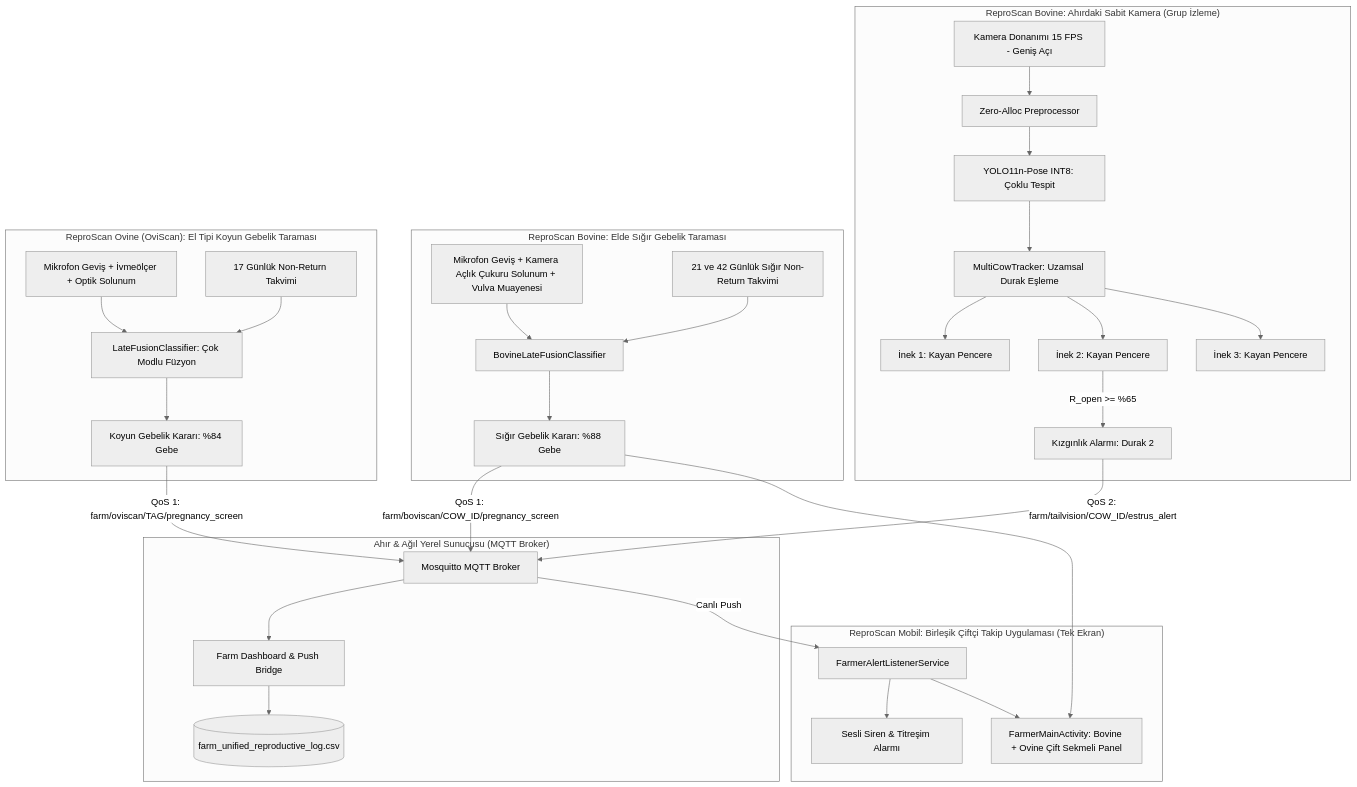
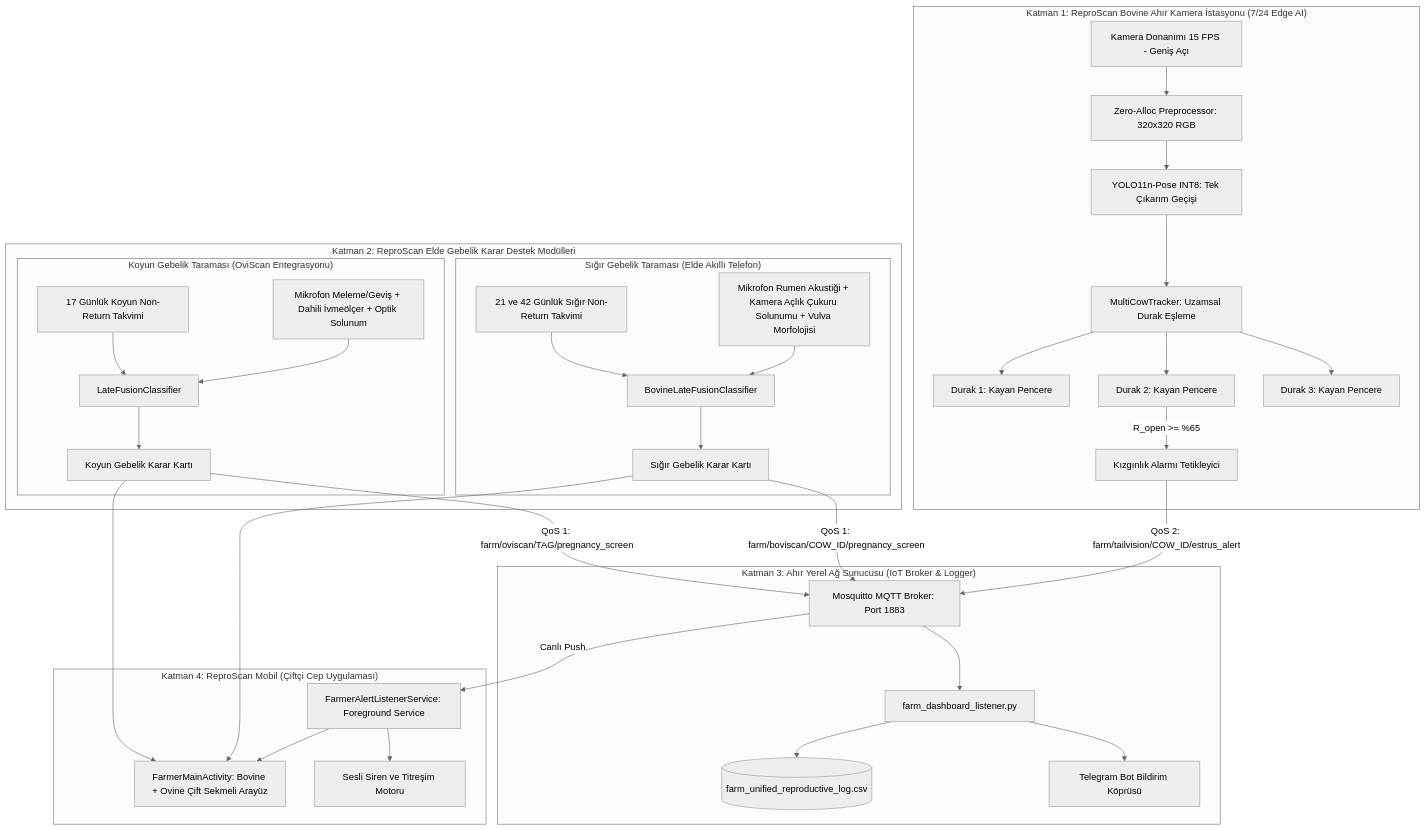
Before and after one commit to mserman90/bovi-tailvision: the diagram in docs/ARCHITECTURE.md, drawn with Mermaid (neutral theme). The commit also changed other lines of this file and 3 other files, not shown here.

Commit message:
docs: Comprehensive academic paper, system architecture, and operational manual update (v2.0)

````diff
--- a/docs/ARCHITECTURE.md
+++ b/docs/ARCHITECTURE.md
@@ -11,46 +13,55 @@
 ```mermaid
 flowchart TD
-    subgraph BoviEdge ["ReproScan Bovine: Ahırdaki Sabit Kamera (Grup İzleme)"]
-        Cam[Kamera Donanımı 15 FPS - Geniş Açı] --> Pre[Zero-Alloc Preprocessor]
-        Pre --> TFLite[YOLO11n-Pose INT8: Çoklu Tespit]
-        TFLite --> MOT[MultiCowTracker: Uzamsal Durak Eşleme]
-        MOT --> Cow1[İnek 1: Kayan Pencere]
-        MOT --> Cow2[İnek 2: Kayan Pencere]
-        MOT --> Cow3[İnek 3: Kayan Pencere]
-        Cow2 -- R_open >= %65 --> AlertBovi[Kızgınlık Alarmı: Durak 2]
+    subgraph EdgeVision ["Katman 1: ReproScan Bovine Ahır Kamera İstasyonu (7/24 Edge AI)"]
+        Cam[Kamera Donanımı 15 FPS - Geniş Açı] --> Pre[Zero-Alloc Preprocessor: 320x320 RGB]
+        Pre --> TFLite[YOLO11n-Pose INT8: Tek Çıkarım Geçişi]
+        TFLite --> Tracker[MultiCowTracker: Uzamsal Durak Eşleme]
+        Tracker --> Stall1[Durak 1: Kayan Pencere]
+        Tracker --> Stall2[Durak 2: Kayan Pencere]
+        Tracker --> Stall3[Durak 3: Kayan Pencere]
+        Stall2 -- R_open >= %65 --> AlertTrigger[Kızgınlık Alarmı Tetikleyici]
     end
 
-    subgraph BoviMobile ["ReproScan Bovine: Elde Sığır Gebelik Taraması"]
-        BoviSensors[Mikrofon Geviş + Kamera Açlık Çukuru Solunum + Vulva Muayenesi] --> BoviFusion[BovineLateFusionClassifier]
-        BoviCalendar[21 ve 42 Günlük Sığır Non-Return Takvimi] --> BoviFusion
-        BoviFusion --> BoviPregResult[Sığır Gebelik Kararı: %88 Gebe]
+    subgraph MobileDecision ["Katman 2: ReproScan Elde Gebelik Karar Destek Modülleri"]
+        subgraph BovineDecision ["Sığır Gebelik Taraması (Elde Akıllı Telefon)"]
+            BoviSensors[Mikrofon Rumen Akustiği + Kamera Açlık Çukuru Solunumu + Vulva Morfolojisi]
+            BoviCalendar[21 ve 42 Günlük Sığır Non-Return Takvimi]
+            BoviSensors --> BoviClassifier[BovineLateFusionClassifier]
+            BoviCalendar --> BoviClassifier
+            BoviClassifier --> BoviResult[Sığır Gebelik Karar Kartı]
+        end
+
+        subgraph OvineDecision ["Koyun Gebelik Taraması (OviScan Entegrasyonu)"]
+            OviSensors[Mikrofon Meleme/Geviş + Dahili İvmeölçer + Optik Solunum]
+            OviCalendar[17 Günlük Koyun Non-Return Takvimi]
+            OviSensors --> OviClassifier[LateFusionClassifier]
+            OviCalendar --> OviClassifier
+            OviClassifier --> OviResult[Koyun Gebelik Karar Kartı]
+        end
     end
 
-    subgraph OviModule ["ReproScan Ovine (OviScan): El Tipi Koyun Gebelik Taraması"]
-        Sensors[Mikrofon Geviş + İvmeölçer + Optik Solunum] --> Fusion[LateFusionClassifier: Çok Modlu Füzyon]
-        Calendar[17 Günlük Non-Return Takvimi] --> Fusion
-        Fusion --> ScreenResult[Koyun Gebelik Kararı: %84 Gebe]
+    subgraph FarmServer ["Katman 3: Ahır Yerel Ağ Sunucusu (IoT Broker & Logger)"]
+        Broker[Mosquitto MQTT Broker: Port 1883]
+        Bridge[farm_dashboard_listener.py]
+        CSV[(farm_unified_reproductive_log.csv)]
+        Telegram[Telegram Bot Bildirim Köprüsü]
+        Broker --> Bridge
+        Bridge --> CSV
+        Bridge --> Telegram
     end
 
-    subgraph FarmServer ["Ahır & Ağıl Yerel Sunucusu (MQTT Broker)"]
-        Broker[Mosquitto MQTT Broker]
-        Bridge[Farm Dashboard & Push Bridge]
-        DB[(farm_unified_reproductive_log.csv)]
+    subgraph FarmerApp ["Katman 4: ReproScan Mobil (Çiftçi Cep Uygulaması)"]
+        ListenerService[FarmerAlertListenerService: Foreground Service]
+        UI[FarmerMainActivity: Bovine + Ovine Çift Sekmeli Arayüz]
+        AlarmManager[Sesli Siren ve Titreşim Motoru]
+        ListenerService --> AlarmManager
+        ListenerService --> UI
     end
 
-    subgraph FarmerMobile ["ReproScan Mobil: Birleşik Çiftçi Takip Uygulaması (Tek Ekran)"]
-        Listener[FarmerAlertListenerService]
-        UI[FarmerMainActivity: Bovine + Ovine Çift Sekmeli Panel]
-        Siren[Sesli Siren & Titreşim Alarmı]
-    end
-
-    AlertBovi -->|QoS 2: farm/tailvision/COW_ID/estrus_alert| Broker
-    BoviPregResult -->|QoS 1: farm/boviscan/COW_ID/pregnancy_screen| Broker
-    ScreenResult -->|QoS 1: farm/oviscan/TAG/pregnancy_screen| Broker
-    Broker --> Bridge
-    Bridge --> DB
-    Broker -->|Canlı Push| Listener
-    Listener --> Siren
-    Listener --> UI
-    BoviPregResult --> UI
+    AlertTrigger -->|QoS 2: farm/tailvision/COW_ID/estrus_alert| Broker
+    BoviResult -->|QoS 1: farm/boviscan/COW_ID/pregnancy_screen| Broker
+    OviResult -->|QoS 1: farm/oviscan/TAG/pregnancy_screen| Broker
+    Broker -->|Canlı Push| ListenerService
+    BoviResult --> UI
+    OviResult --> UI
 ```
````
